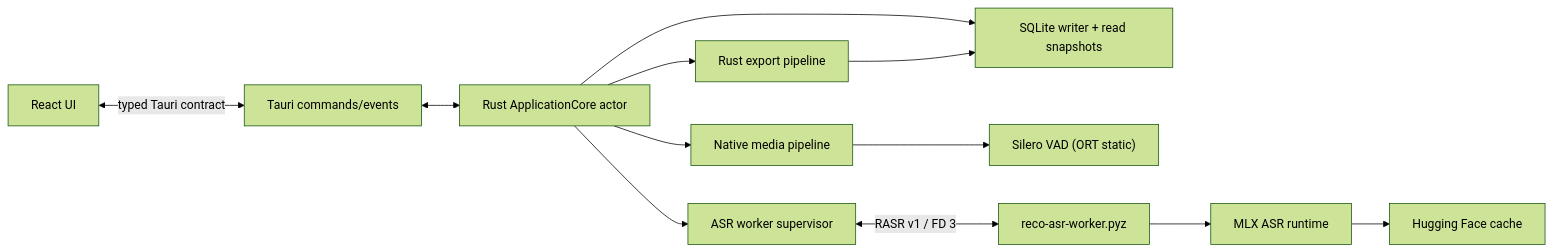
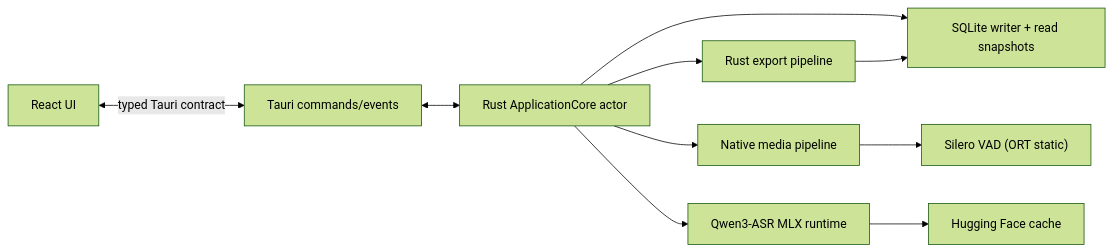
One commit to ph0ryn/RecoGUI changed the diagram in docs/application-design.md. Above: the diagram before and after it, drawn with Mermaid (forest theme). The commit also changed other lines of this file and 66 other files, not shown here.

First line of the commit message:
feat: run Qwen3-ASR natively in Rust

````diff
--- a/docs/application-design.md
+++ b/docs/application-design.md
@@ -11,26 +11,22 @@
 ```mermaid
 flowchart LR
   UI["React UI"]
   Tauri["Tauri commands/events"]
   Core["Rust ApplicationCore actor"]
   Store["SQLite writer + read snapshots"]
   Media["Native media pipeline"]
   VAD["Silero VAD (ORT static)"]
-  Supervisor["ASR worker supervisor"]
-  Worker["reco-asr-worker.pyz"]
-  MLX["MLX ASR runtime"]
+  ASR["Qwen3-ASR MLX runtime"]
   Cache["Hugging Face cache"]
   Export["Rust export pipeline"]
 
   UI <-->|"typed Tauri contract"| Tauri
   Tauri <--> Core
   Core --> Store
   Core --> Media
   Media --> VAD
-  Core --> Supervisor
-  Supervisor <-->|"RASR v1 / FD 3"| Worker
-  Worker --> MLX
-  MLX --> Cache
+  Core --> ASR
+  ASR --> Cache
   Core --> Export
   Export --> Store
 ```
````
